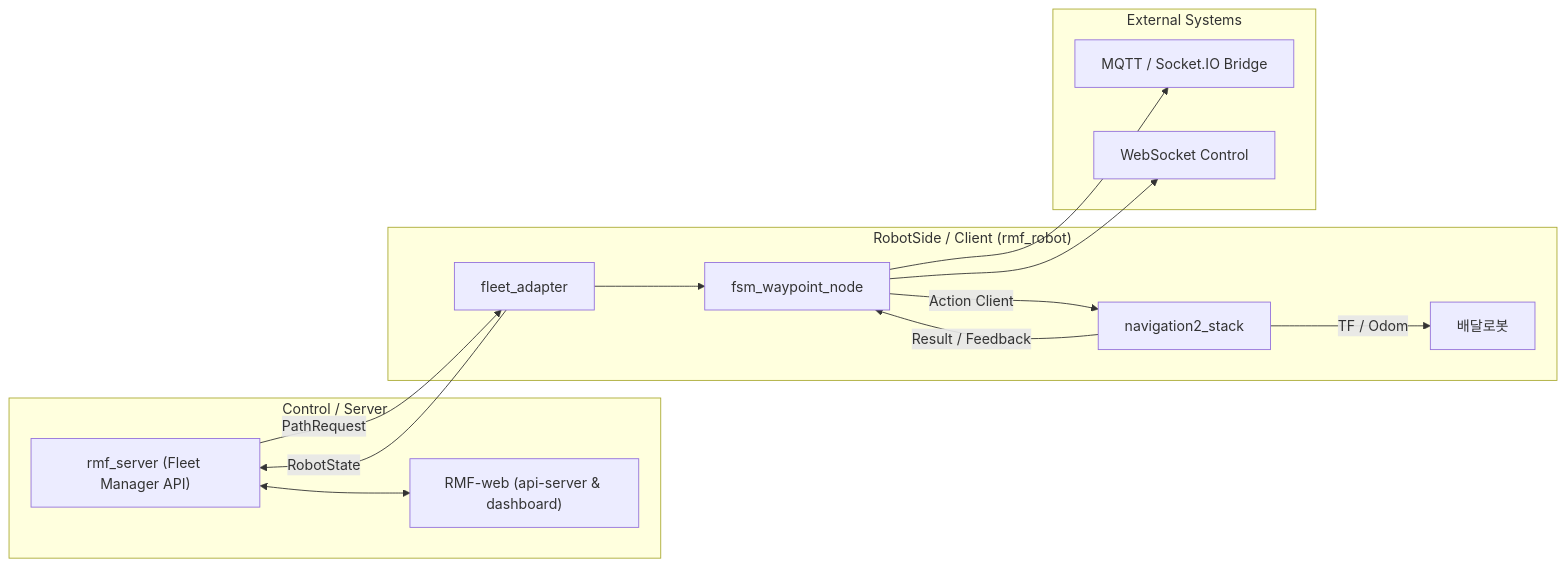
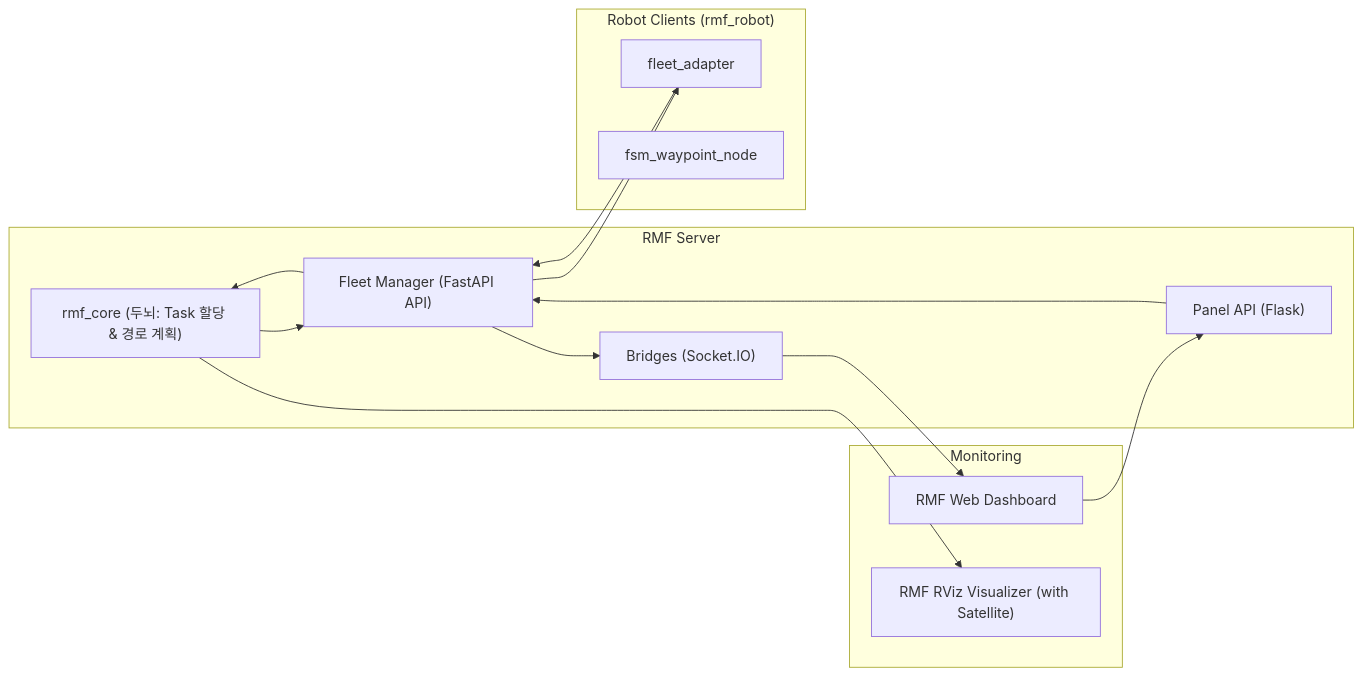
Before and after one commit to DeveloperKSH/Open-RMF_Server: the diagram in README.md, drawn with Mermaid.

Commit message:
md file update

````diff
--- a/README.md
+++ b/README.md
@@ -49,39 +49,29 @@
 ```mermaid
 flowchart LR
-  %% 서버 영역
-  subgraph Control["Control / Server"]
-    RMFServer["rmf_server (Fleet Manager API)"]
-    RMFWeb["RMF-web (api-server & dashboard)"]
+  subgraph Control["RMF Server"]
+    Core["rmf_core (두뇌: Task 할당 & 경로 계획)"]
+    FleetManager["Fleet Manager (FastAPI API)"]
+    Bridge["Bridges (Socket.IO)"]
+    Panel["Panel API (Flask)"]
   end
 
-  %% 로봇 영역
-  subgraph RobotSide["RobotSide / Client (rmf_robot)"]
+  subgraph UI["Monitoring"]
+    Dashboard["RMF Web Dashboard"]
+    RViz["RMF RViz Visualizer (with Satellite)"]
+  end
+
+  subgraph RobotSide["Robot Clients (rmf_robot)"]
     Adapter["fleet_adapter"]
     FSM["fsm_waypoint_node"]
-    Nav2["navigation2_stack"]
-    Robot["배달로봇"]
   end
 
-  %% 외부 시스템
-  subgraph External["External Systems"]
-    Bridge["MQTT / Socket.IO Bridge"]
-    WS["WebSocket Control"]
-  end
-
-  %% 서버 ↔ 로봇 통신
-  RMFServer -- "PathRequest" --> Adapter
-  Adapter -- "RobotState" --> RMFServer
-
-  %% 로봇단 내부 흐름
-  Adapter --> FSM
-  FSM -->|Action Client| Nav2
-  Nav2 -->|Result / Feedback| FSM
-  Nav2 -->|TF / Odom| Robot
-
-  %% 외부 텔레메트리
-  FSM --> Bridge
-  FSM --> WS
-
-  %% 서버 ↔ 대시보드
-  RMFServer <--> RMFWeb
+  %% 흐름
+  Dashboard --> Panel
+  Panel --> FleetManager
+  FleetManager --> Core
+  Core --> FleetManager
+  FleetManager --> Adapter
+  Adapter --> FleetManager
+  FleetManager --> Bridge --> Dashboard
+  Core --> RViz
   ```
````
